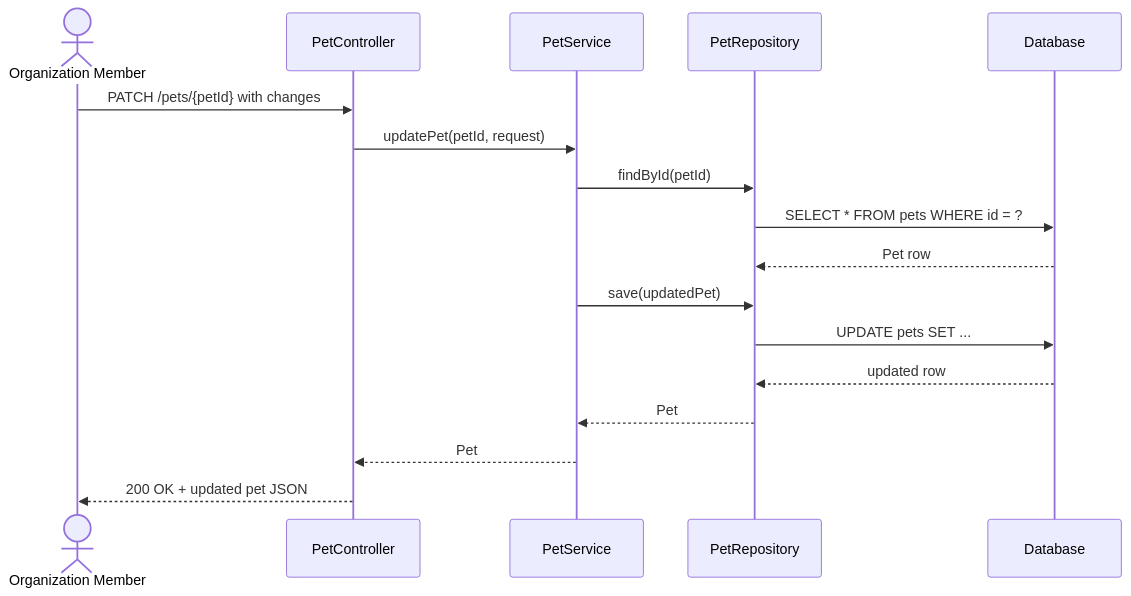
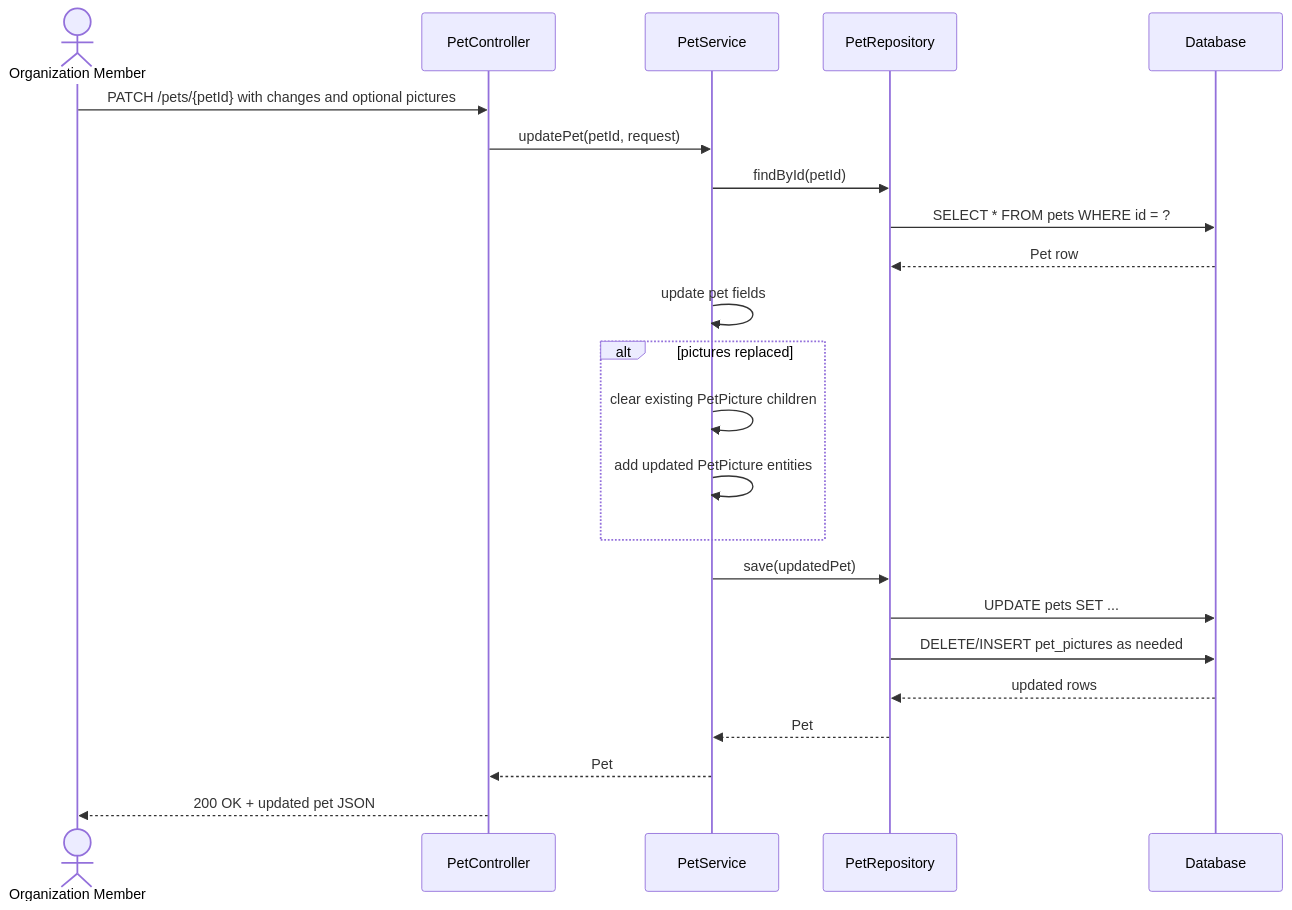
One commit to daniel9917/adopcion-service changed the sixth of 10 diagrams in docs/architecture/sequence-models.md. Above: the diagram before and after it, drawn with Mermaid. The commit also changed other lines of this file and 15 other files, not shown here.

Commit message:
Add multi-picture pet storage, DB migration, OpenAPI spec, and docs

````diff
--- a/docs/architecture/sequence-models.md
+++ b/docs/architecture/sequence-models.md
@@ -75,20 +135,26 @@
 ```mermaid
 sequenceDiagram
     actor OrgMember as Organization Member
     participant Controller as PetController
     participant Service as PetService
     participant Repo as PetRepository
     participant DB as Database
 
-    OrgMember->>Controller: PATCH /pets/{petId} with changes
+    OrgMember->>Controller: PATCH /pets/{petId} with changes and optional pictures
     Controller->>Service: updatePet(petId, request)
     Service->>Repo: findById(petId)
     Repo->>DB: SELECT * FROM pets WHERE id = ?
     DB-->>Repo: Pet row
+    Service->>Service: update pet fields
+    alt pictures replaced
+        Service->>Service: clear existing PetPicture children
+        Service->>Service: add updated PetPicture entities
+    end
     Service->>Repo: save(updatedPet)
     Repo->>DB: UPDATE pets SET ...
-    DB-->>Repo: updated row
+    Repo->>DB: DELETE/INSERT pet_pictures as needed
+    DB-->>Repo: updated rows
     Repo-->>Service: Pet
     Service-->>Controller: Pet
     Controller-->>OrgMember: 200 OK + updated pet JSON
 ```
````
